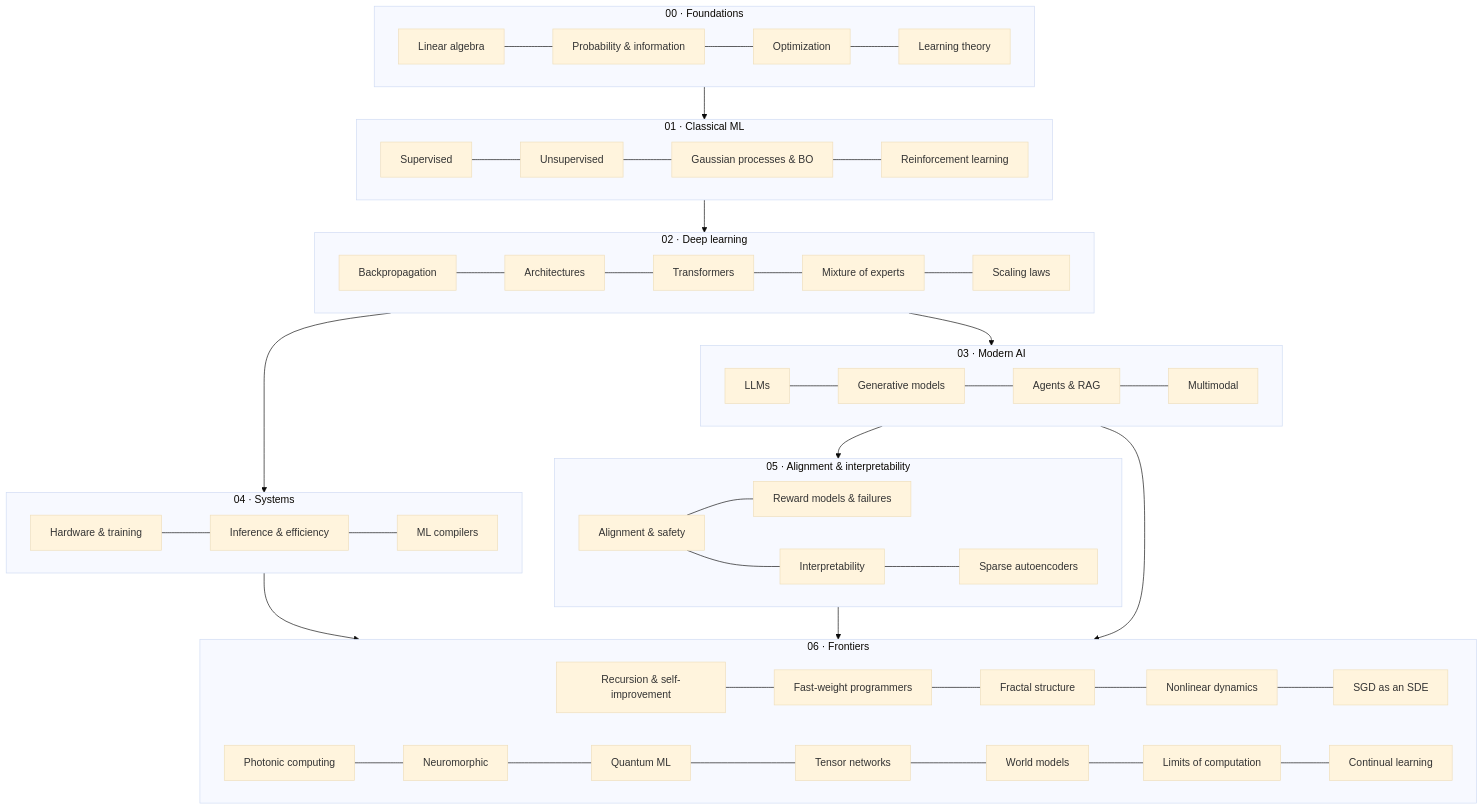
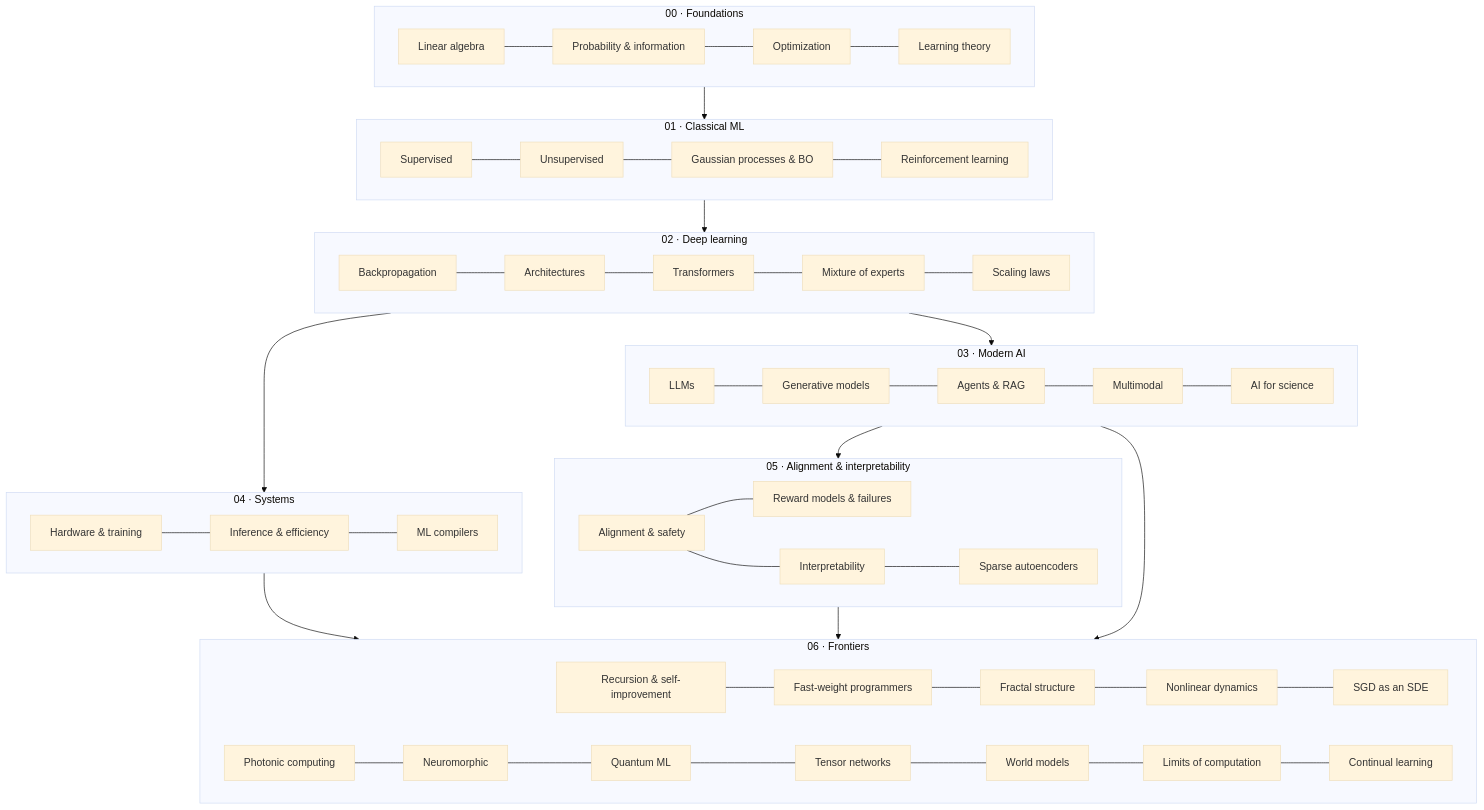
One commit to marcpoliquin5/understanding-ai changed the diagram in README.md. Above: the diagram before and after it, drawn with Mermaid (base theme). The commit also changed other lines of this file and 5 other files, not shown here.

````diff
--- a/README.md
+++ b/README.md
@@ -30,32 +30,32 @@
 ```mermaid
 flowchart TB
     subgraph F[00 · Foundations]
         F1[Linear algebra] --- F2[Probability & information] --- F3[Optimization] --- F4[Learning theory]
     end
     subgraph C[01 · Classical ML]
         C1[Supervised] --- C2[Unsupervised] --- C4[Gaussian processes & BO] --- C3[Reinforcement learning]
     end
     subgraph D[02 · Deep learning]
         D1[Backpropagation] --- D2[Architectures] --- D3[Transformers] --- D5[Mixture of experts] --- D4[Scaling laws]
     end
     subgraph M[03 · Modern AI]
-        M1[LLMs] --- M2[Generative models] --- M3[Agents & RAG] --- M4[Multimodal]
+        M1[LLMs] --- M2[Generative models] --- M3[Agents & RAG] --- M4[Multimodal] --- M5[AI for science]
     end
     subgraph S[04 · Systems]
         S1[Hardware & training] --- S2[Inference & efficiency] --- S3[ML compilers]
     end
     subgraph A[05 · Alignment & interpretability]
         A1[Alignment & safety] --- A3[Reward models & failures]
         A1 --- A2[Interpretability] --- A4[Sparse autoencoders]
     end
     subgraph X[06 · Frontiers]
         X1[Recursion & self-improvement] --- X1b[Fast-weight programmers] --- X2[Fractal structure] --- X3[Nonlinear dynamics] --- X3b[SGD as an SDE]
         X4[Photonic computing] --- X5[Neuromorphic] --- X6[Quantum ML] --- X6b[Tensor networks] --- X7[World models] --- X8[Limits of computation] --- X9[Continual learning]
     end
     F --> C --> D --> M
     D --> S
     M --> A
     S --> X
     A --> X
     M --> X
 ```
````
